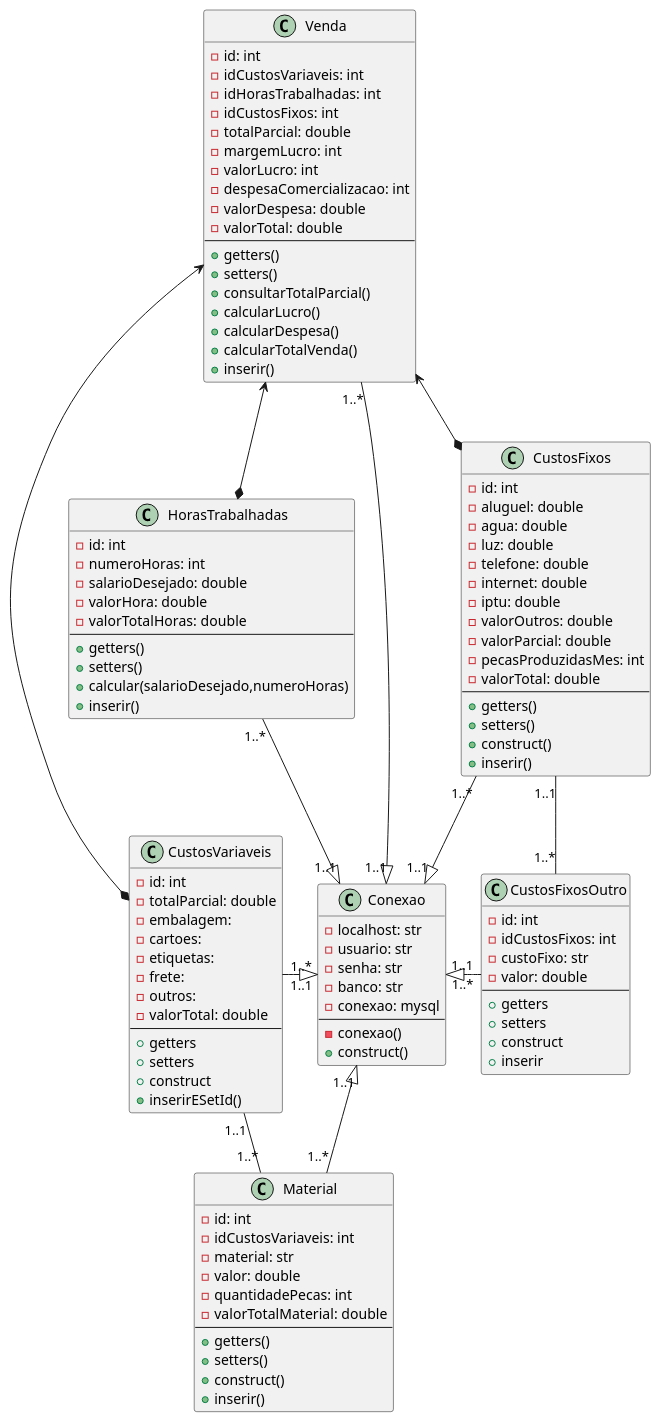
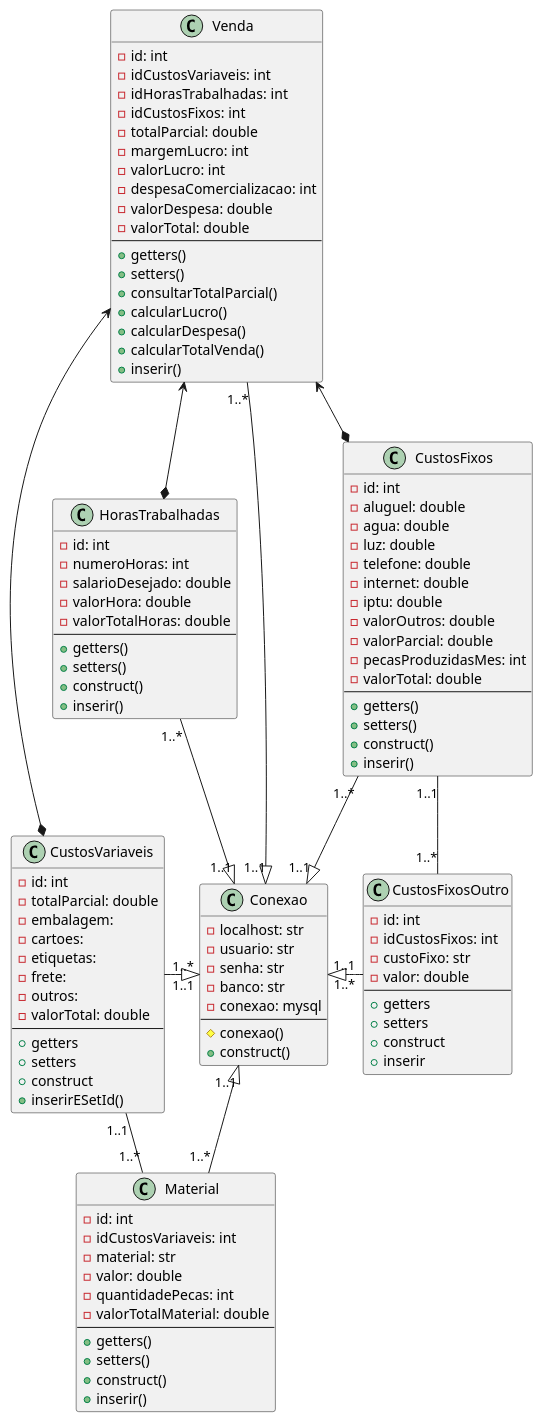
The diagram in modelagem/DCprojetoTres.wsd (galaticghost/precificacao-pecas), drawn with PlantUML before and after one commit. The commit also changed 10 other files, not shown here.

```diff
--- a/modelagem/DCprojetoTres.wsd
+++ b/modelagem/DCprojetoTres.wsd
@@ -1,121 +1,121 @@
 @startuml Diagrama de class Três
 
 class Conexao {
     -localhost: str
     -usuario: str
     -senha: str
     -banco: str
     -conexao: mysql
     --
-    -conexao()
+    #conexao()
     +construct()
 }
 
 class HorasTrabalhadas{
     -id: int
     -numeroHoras: int
     -salarioDesejado: double
     -valorHora: double
     -valorTotalHoras: double
     --
     +getters()
     +setters()
-    +calcular(salarioDesejado,numeroHoras)
+    +construct()
     +inserir()
 }
 
 class CustosVariaveis {
     -id: int
     -totalParcial: double
     -embalagem: 
     -cartoes:
     -etiquetas:
     -frete:
     -outros:
     -valorTotal: double
     --
     +getters
     +setters
     +construct
     +inserirESetId()
 }
 
 class CustosFixos {
     -id: int
     -aluguel: double
     -agua: double
     -luz: double
     -telefone: double
     -internet: double
     -iptu: double
     -valorOutros: double
     -valorParcial: double
     -pecasProduzidasMes: int
     -valorTotal: double
     --
     +getters()
     +setters()
     +construct()
     +inserir()
 }
 
 class CustosFixosOutro{
     -id: int
     -idCustosFixos: int
     -custoFixo: str
     -valor: double
     --
     +getters
     +setters
     +construct
     +inserir
 }
 
 class Material {
     -id: int
     -idCustosVariaveis: int
     -material: str
     -valor: double
     -quantidadePecas: int
     -valorTotalMaterial: double
     --
     +getters()
     +setters()
     +construct()
     +inserir()
 }
 
 class Venda {
     -id: int
     -idCustosVariaveis: int
     -idHorasTrabalhadas: int
     -idCustosFixos: int
     -totalParcial: double
     -margemLucro: int
     -valorLucro: int
     -despesaComercializacao: int
     -valorDespesa: double
     -valorTotal: double
     --
     +getters()
     +setters()
     +consultarTotalParcial()
     +calcularLucro()
     +calcularDespesa()
     +calcularTotalVenda()
     +inserir()
 }
 
 Conexao "1..1" <|-up- "1..*" CustosFixos
 Conexao "1..1" <|-left- "1..*" HorasTrabalhadas
 Conexao "1..1" <|-left- "1..*" CustosVariaveis
 Conexao "1..1" <|-left- "1..*" Venda
 Conexao "1..1" <|-- "1..*" Material
 Conexao "1..1" <|-Right- "1..*" CustosFixosOutro
 CustosFixos "1..1" -- "1..*" CustosFixosOutro
 CustosVariaveis "1..1" -- "1..*" Material
 Venda <--* CustosVariaveis
 Venda <--* HorasTrabalhadas
 Venda <--* CustosFixos
 
 @enduml
```
